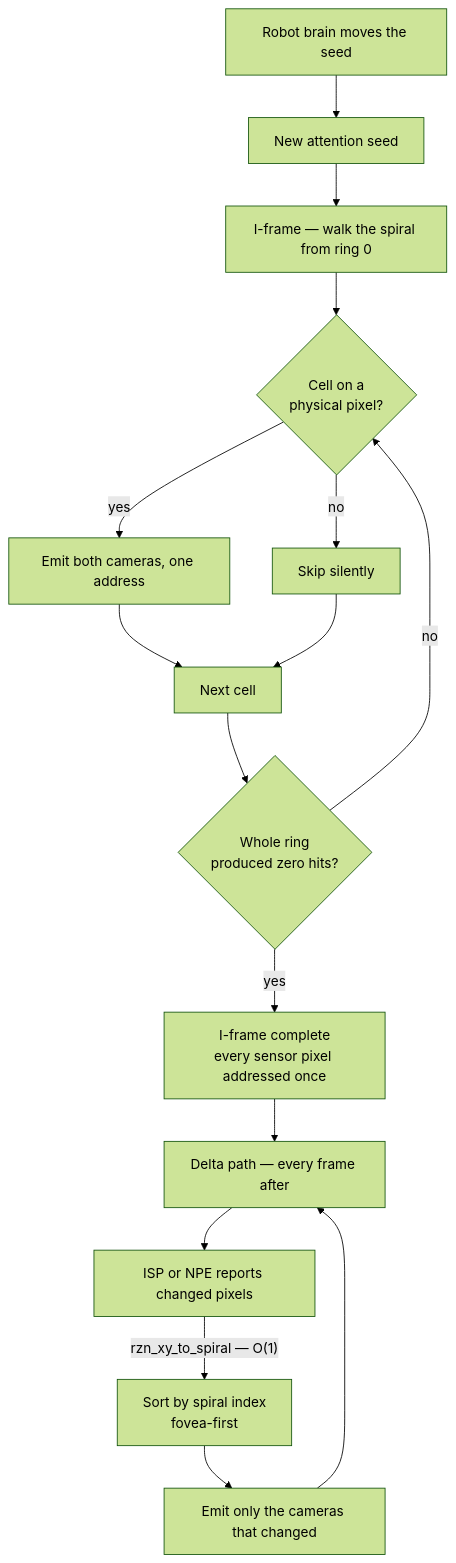
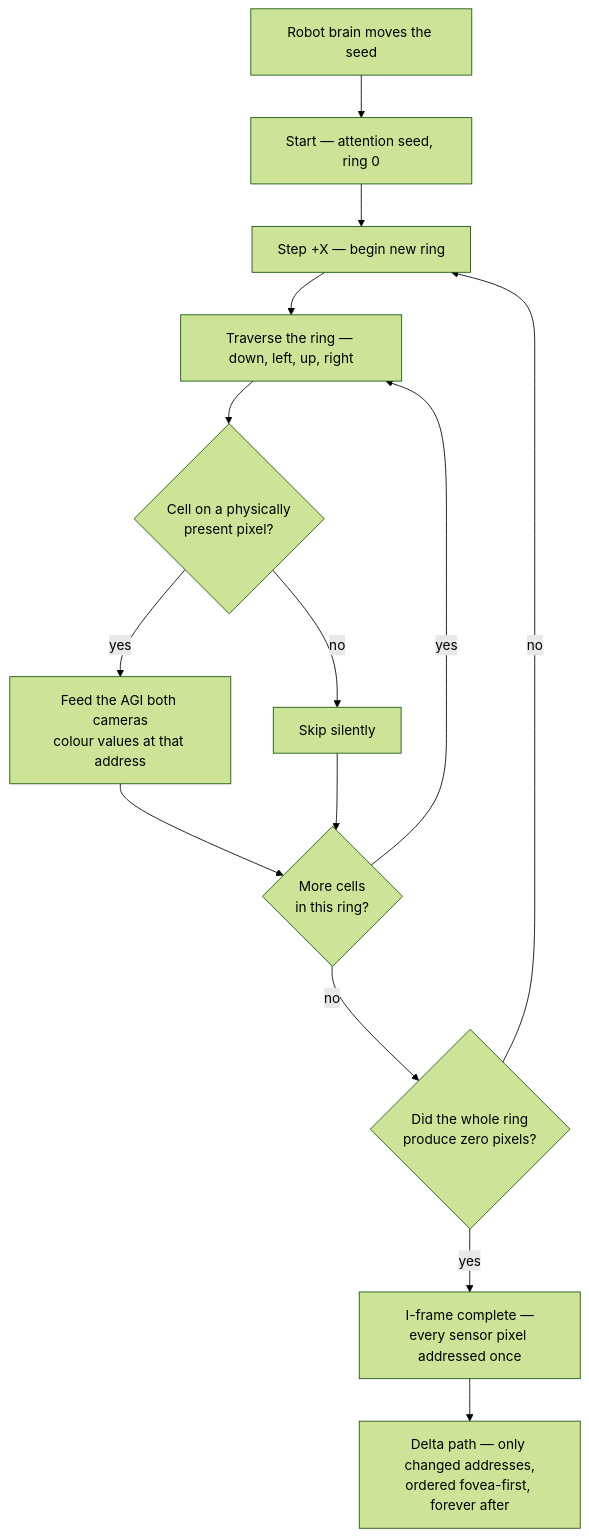
One commit to bcroner/Robot-Stereo-Vision changed the second of 3 diagrams in README.md. Above: the diagram before and after it, drawn with Mermaid (forest theme). The commit also changed other lines of this file and 3 other files, not shown here.

````diff
--- a/README.md
+++ b/README.md
@@ -69,20 +69,16 @@
 ```mermaid
 graph TD
-    START["New attention seed"] --> IFRAME["I-frame — walk the spiral from ring 0"]
-    IFRAME --> INB{"Cell on a<br/>physical pixel?"}
-    INB -->|yes| EMIT["Emit both cameras, one address"]
-    INB -->|no| SKIP["Skip silently"]
-    EMIT --> NEXT["Next cell"]
-    SKIP --> NEXT
-    NEXT --> RING{"Whole ring<br/>produced zero hits?"}
-    RING -->|no| INB
-    RING -->|yes| DONE["I-frame complete<br/>every sensor pixel addressed once"]
-
-    DONE --> DELTA["Delta path — every frame after"]
-    DELTA --> ISP["ISP or NPE reports changed pixels"]
-    ISP -->|"rzn_xy_to_spiral — O(1)"| SORT["Sort by spiral index<br/>fovea-first"]
-    SORT --> SEND["Emit only the cameras that changed"]
-    SEND --> DELTA
-
-    MOVE["Robot brain moves the seed"] --> START
+    A["Start — attention seed, ring 0"] --> B["Step +X — begin new ring"]
+    B --> C["Traverse the ring — down, left, up, right"]
+    C --> D{"Cell on a physically<br/>present pixel?"}
+    D -->|yes| E["Feed the AGI both cameras<br/>colour values at that address"]
+    D -->|no| F["Skip silently"]
+    E --> R{"More cells<br/>in this ring?"}
+    F --> R
+    R -->|yes| C
+    R -->|no| G{"Did the whole ring<br/>produce zero pixels?"}
+    G -->|no| B
+    G -->|yes| H["I-frame complete —<br/>every sensor pixel addressed once"]
+    H --> I["Delta path — only changed addresses,<br/>ordered fovea-first, forever after"]
+    M["Robot brain moves the seed"] --> A
 ```
````
